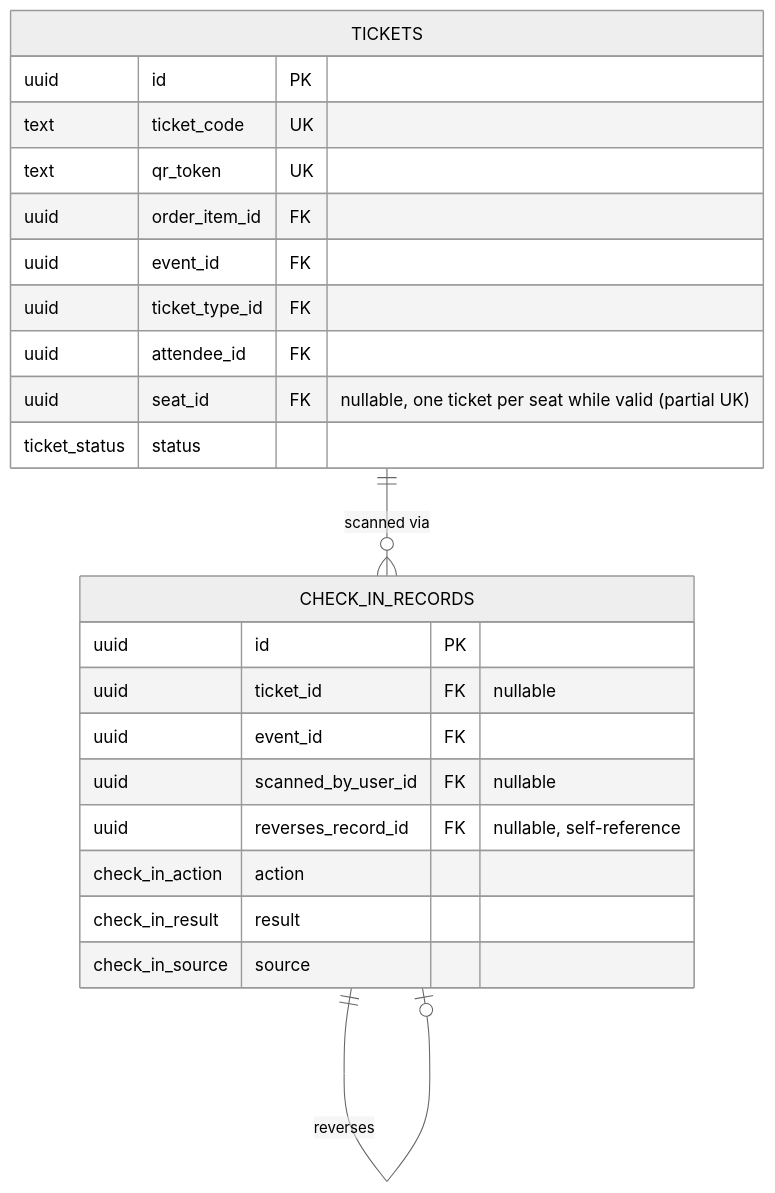
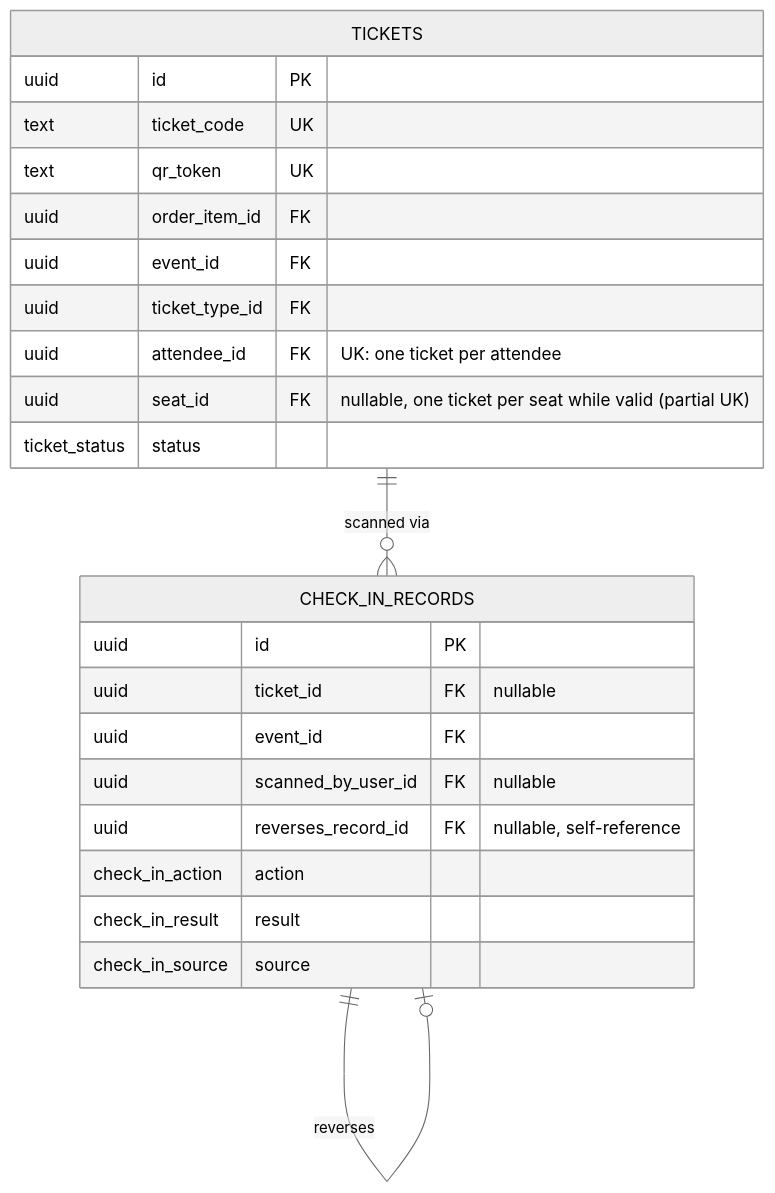
The seventh of 10 diagrams in docs/erd.md (cloudlybtw/biletflow), drawn with Mermaid (neutral theme) before and after one commit. The commit also changed other lines of this file and 86 other files, not shown here.

````diff
--- a/docs/erd.md
+++ b/docs/erd.md
@@ -249,27 +258,27 @@
 ```mermaid
 erDiagram
     TICKETS ||--o{ CHECK_IN_RECORDS : "scanned via"
     CHECK_IN_RECORDS ||--o| CHECK_IN_RECORDS : reverses
 
     TICKETS {
         uuid id PK
         text ticket_code UK
         text qr_token UK
         uuid order_item_id FK
         uuid event_id FK
         uuid ticket_type_id FK
-        uuid attendee_id FK
+        uuid attendee_id FK "UK: one ticket per attendee"
         uuid seat_id FK "nullable, one ticket per seat while valid (partial UK)"
         ticket_status status
     }
     CHECK_IN_RECORDS {
         uuid id PK
         uuid ticket_id FK "nullable"
         uuid event_id FK
         uuid scanned_by_user_id FK "nullable"
         uuid reverses_record_id FK "nullable, self-reference"
         check_in_action action
         check_in_result result
         check_in_source source
     }
 ```
````
